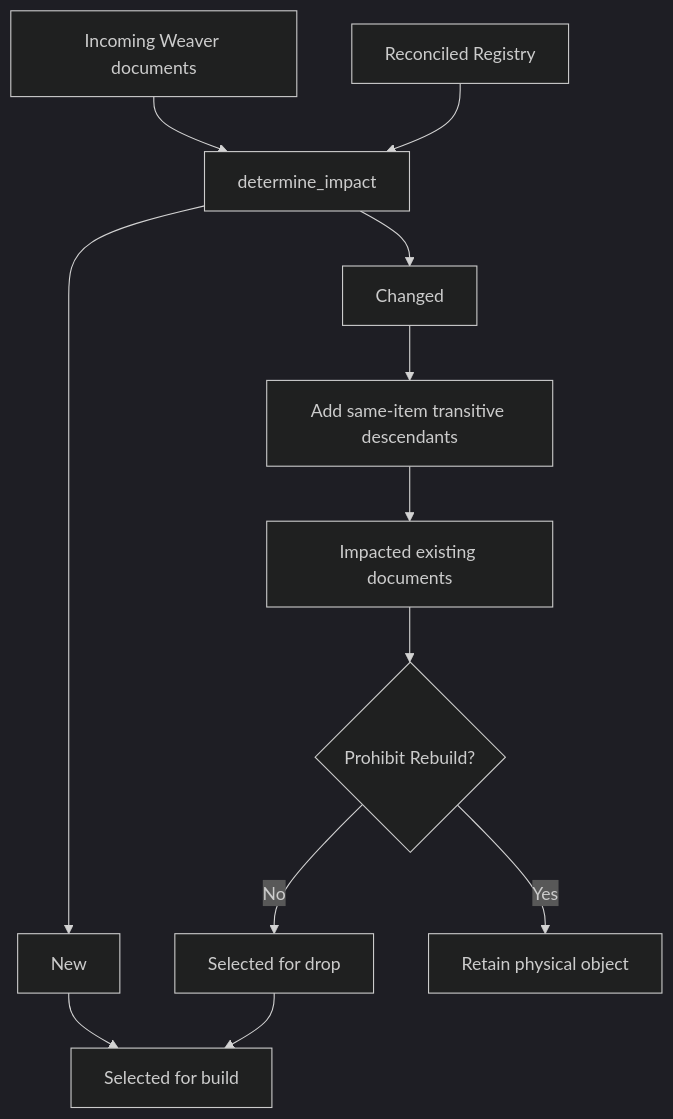
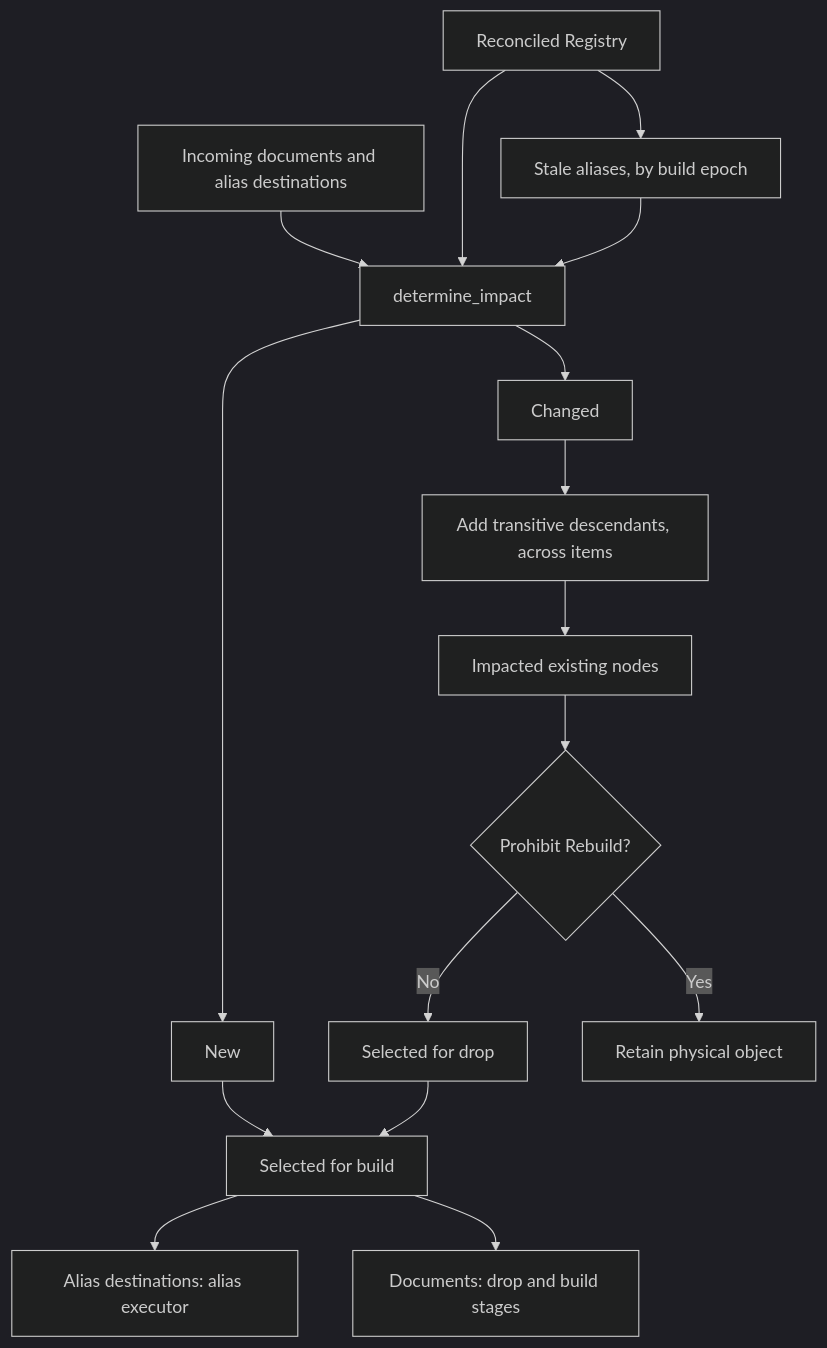
Before and after one commit to matthias-wong-dev/weaverstack: the second of 4 diagrams in design/how-does-build-work.md, drawn with Mermaid (dark theme). The commit also changed other lines of this file and 1 other file, not shown here.

First line of the commit message:
Describe incremental aliases and the build epoch in the design docs

````diff
--- a/design/how-does-build-work.md
+++ b/design/how-does-build-work.md
@@ -227,20 +308,26 @@
 ```mermaid
 flowchart TD
-    R["Incoming Weaver documents"]
+    R["Incoming documents and alias destinations"]
     C["Reconciled Registry"]
+    E["Stale aliases, by build epoch"]
 
     R --> I["determine_impact"]
     C --> I
+    C --> E
+    E --> I
 
     I --> N["New"]
     I --> H["Changed"]
-    H --> D["Add same-item transitive descendants"]
-    D --> A["Impacted existing documents"]
+    H --> D["Add transitive descendants, across items"]
+    D --> A["Impacted existing nodes"]
 
     A --> P{"Prohibit Rebuild?"}
     P -->|No| DROP["Selected for drop"]
     P -->|Yes| KEEP["Retain physical object"]
 
     N --> BUILD["Selected for build"]
     DROP --> BUILD
+
+    BUILD --> AL["Alias destinations: alias executor"]
+    BUILD --> DOC["Documents: drop and build stages"]
 ```
````
